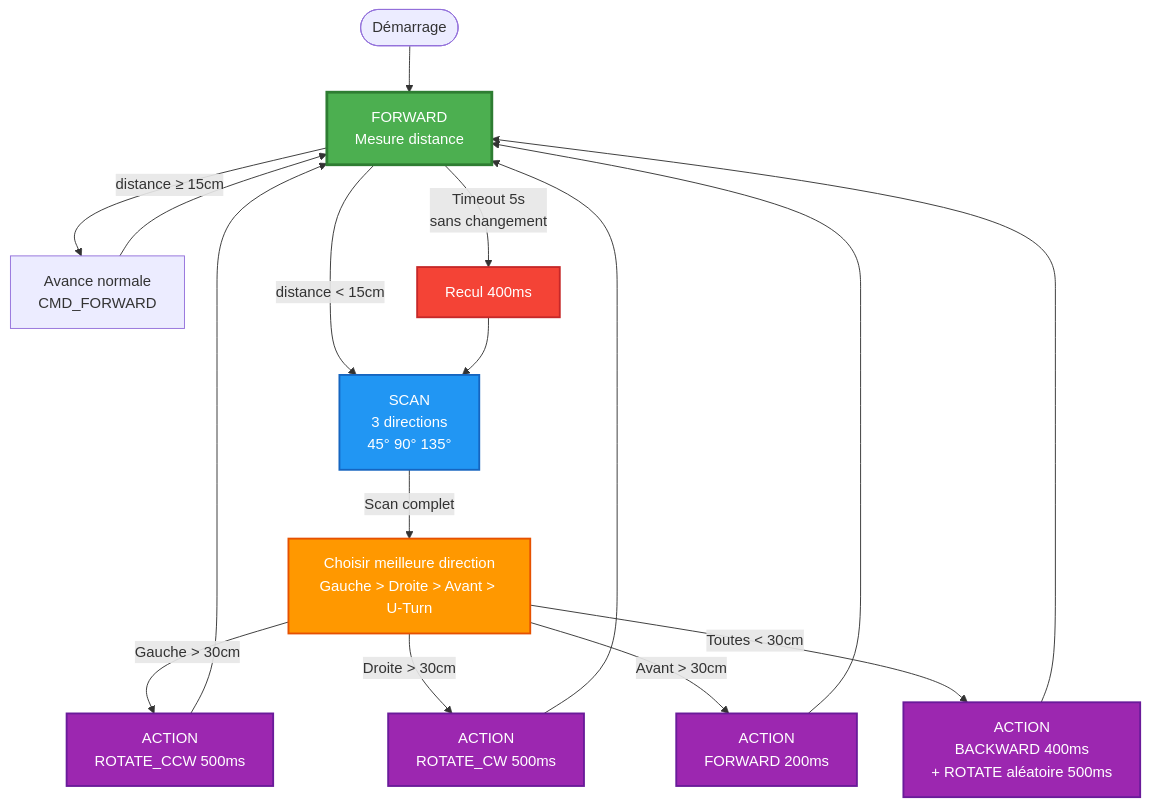
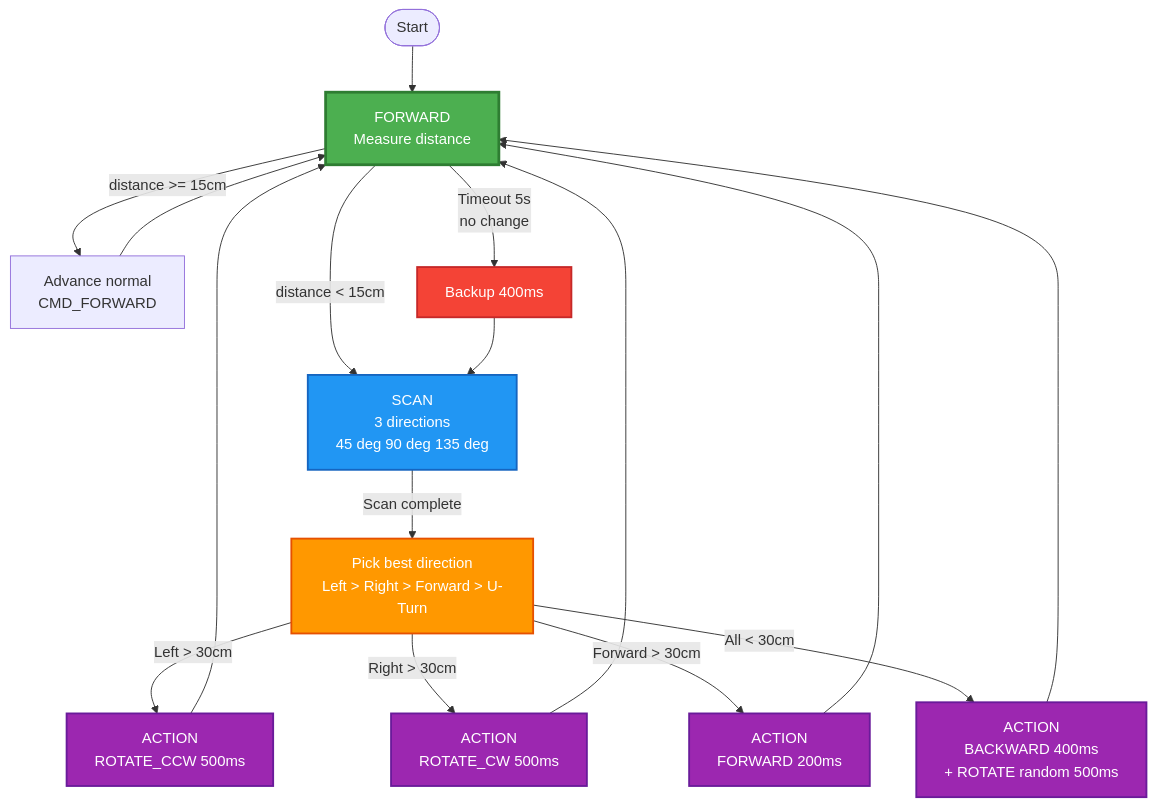
Diagram 15 of 17 in docs/architecture.md (Yaniv23/final-project-gesture-car), drawn with Mermaid before and after one commit. The commit also changed other lines of this file and 16 other files, not shown here.

````diff
--- a/docs/architecture.md
+++ b/docs/architecture.md
@@ -843,32 +826,32 @@
 ```mermaid
 flowchart TD
-    Start([Démarrage]) --> Forward[FORWARD<br/>Mesure distance]
+    Start([Start]) --> Forward[FORWARD<br/>Measure distance]
     
-    Forward -->|distance ≥ 15cm| ForwardOK[Avance normale<br/>CMD_FORWARD]
-    Forward -->|distance < 15cm| Scan[SCAN<br/>3 directions<br/>45° 90° 135°]
-    Forward -->|Timeout 5s<br/>sans changement| Backup[Recul 400ms]
+    Forward -->|distance >= 15cm| ForwardOK[Advance normal<br/>CMD_FORWARD]
+    Forward -->|distance < 15cm| Scan[SCAN<br/>3 directions<br/>45 deg 90 deg 135 deg]
+    Forward -->|Timeout 5s<br/>no change| Backup[Backup 400ms]
     
     ForwardOK --> Forward
     Backup --> Scan
     
-    Scan -->|Scan complet| Decision[Choisir meilleure direction<br/>Gauche > Droite > Avant > U-Turn]
+    Scan -->|Scan complete| Decision[Pick best direction<br/>Left > Right > Forward > U-Turn]
     
-    Decision -->|Gauche > 30cm| ActionLeft[ACTION<br/>ROTATE_CCW 500ms]
-    Decision -->|Droite > 30cm| ActionRight[ACTION<br/>ROTATE_CW 500ms]
-    Decision -->|Avant > 30cm| ActionForward[ACTION<br/>FORWARD 200ms]
-    Decision -->|Toutes < 30cm| ActionUTurn[ACTION<br/>BACKWARD 400ms<br/>+ ROTATE aléatoire 500ms]
+    Decision -->|Left > 30cm| ActionLeft[ACTION<br/>ROTATE_CCW 500ms]
+    Decision -->|Right > 30cm| ActionRight[ACTION<br/>ROTATE_CW 500ms]
+    Decision -->|Forward > 30cm| ActionForward[ACTION<br/>FORWARD 200ms]
+    Decision -->|All < 30cm| ActionUTurn[ACTION<br/>BACKWARD 400ms<br/>+ ROTATE random 500ms]
     
     ActionLeft --> Forward
     ActionRight --> Forward
     ActionForward --> Forward
     ActionUTurn --> Forward
     
     style Forward fill:#4CAF50,stroke:#2E7D32,stroke-width:3px,color:#fff
     style Scan fill:#2196F3,stroke:#1565C0,stroke-width:2px,color:#fff
     style Decision fill:#FF9800,stroke:#E65100,stroke-width:2px,color:#fff
     style ActionLeft fill:#9C27B0,stroke:#6A1B9A,stroke-width:2px,color:#fff
     style ActionRight fill:#9C27B0,stroke:#6A1B9A,stroke-width:2px,color:#fff
     style ActionForward fill:#9C27B0,stroke:#6A1B9A,stroke-width:2px,color:#fff
     style ActionUTurn fill:#9C27B0,stroke:#6A1B9A,stroke-width:2px,color:#fff
     style Backup fill:#F44336,stroke:#C62828,stroke-width:2px,color:#fff
 ```
````
